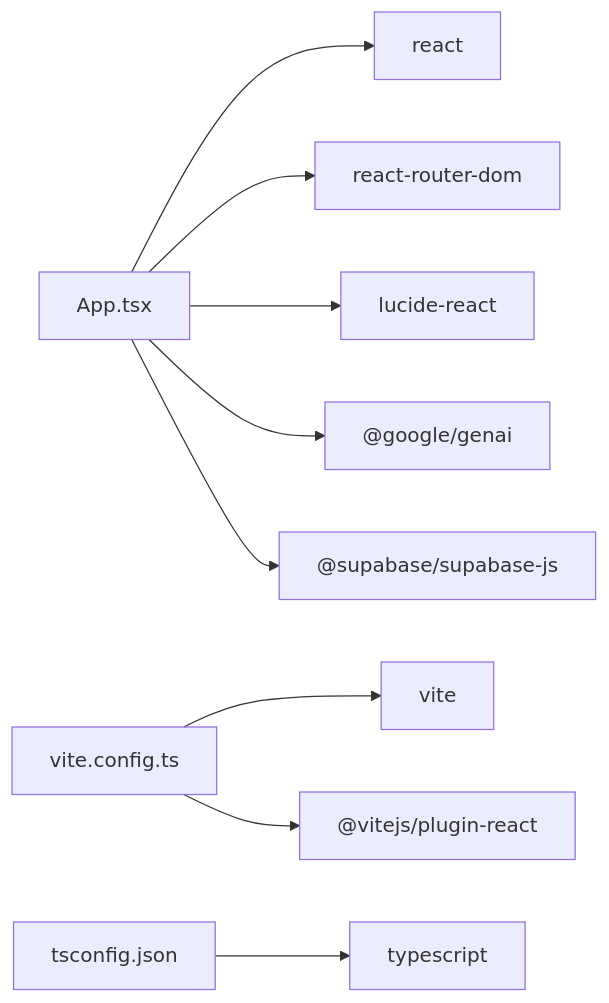
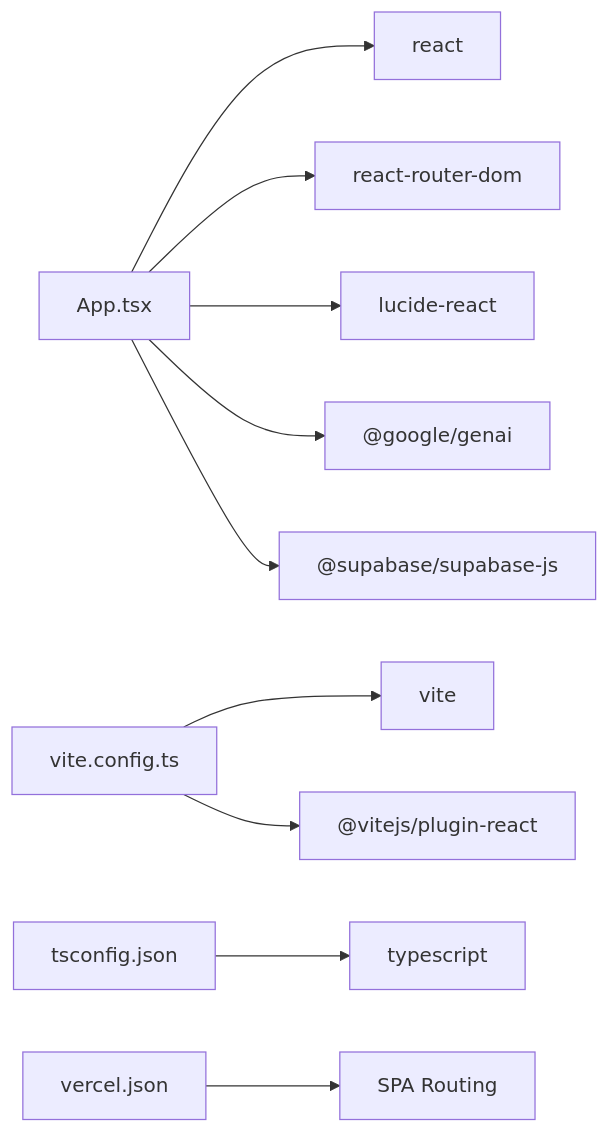
Diagram 11 of 11 in .qoder/repowiki/en/content/Configuration and Deployment.md (zpria/ACCOUND-ZPRIA), drawn with Mermaid before and after one commit. The commit also changed other lines of this file and 12 other files, not shown here.

````diff
--- a/.qoder/repowiki/en/content/Configuration and Deployment.md
+++ b/.qoder/repowiki/en/content/Configuration and Deployment.md
@@ -386,11 +435,12 @@
 ```mermaid
 graph LR
 App["App.tsx"] --> React["react"]
 App --> Router["react-router-dom"]
 App --> Icons["lucide-react"]
 App --> Gemini["@google/genai"]
 App --> Supabase["@supabase/supabase-js"]
 Build["vite.config.ts"] --> Vite["vite"]
 Build --> ReactPlugin["@vitejs/plugin-react"]
 Types["tsconfig.json"] --> TS["typescript"]
+Vercel["vercel.json"] --> SPA["SPA Routing"]
 ```
````
